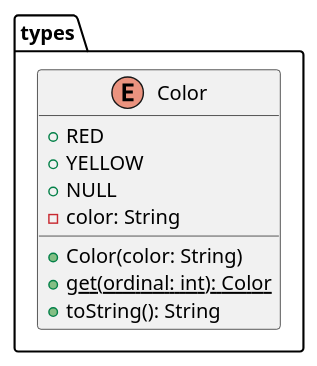
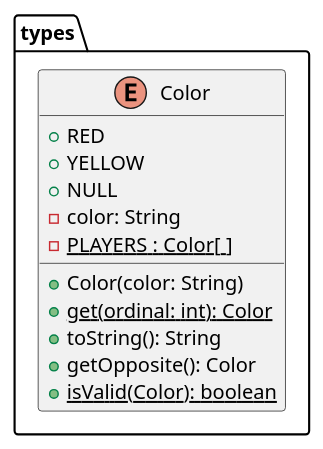
Before and after one commit to js-rom/connect4: the diagram in connect4/Docs/diagrams/src/packages/connect4.types.plantuml, drawn with PlantUML. The commit also changed 2 other files, not shown here.

```diff
--- a/connect4/Docs/diagrams/src/packages/connect4.types.plantuml
+++ b/connect4/Docs/diagrams/src/packages/connect4.types.plantuml
@@ -1,13 +1,16 @@
-@startuml types
+@startuml connect4.types
 
 enum types.Color
 
 Color : +RED
 Color : +YELLOW
 Color : +NULL
 Color : -color: String
+Color : {static} -PLAYERS : Color[ ]
 Color : +Color(color: String)
 Color : {static} +get(ordinal: int): Color
 Color : +toString(): String
+Color : +getOpposite(): Color
+Color : {static} +isValid(Color): boolean
 
 @enduml
```
